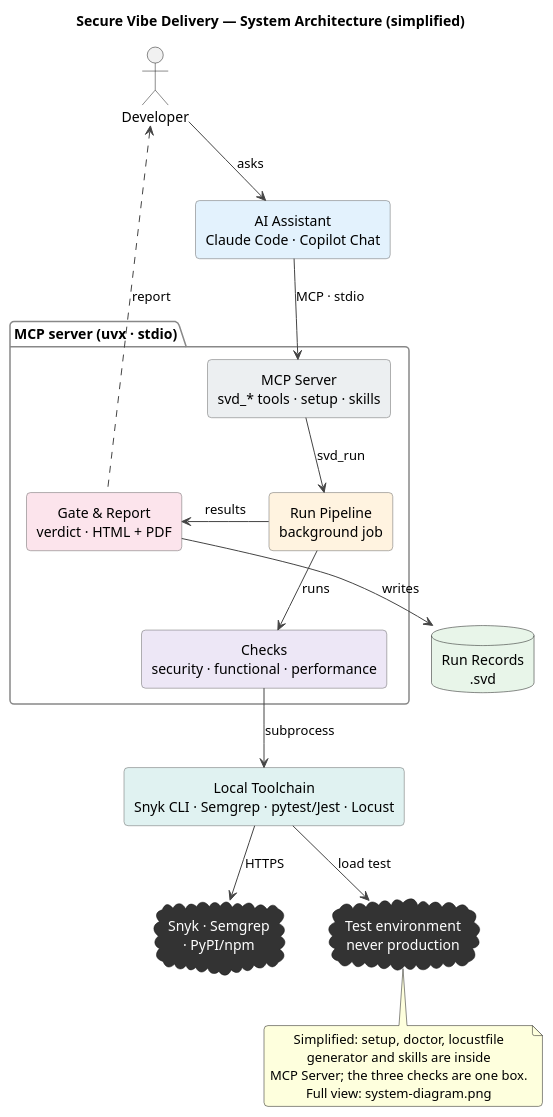
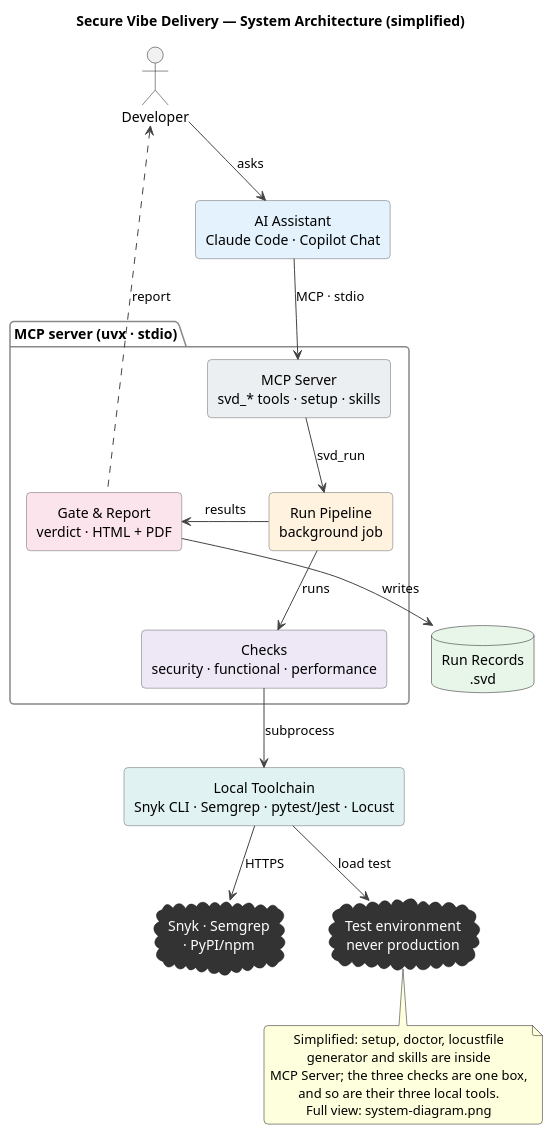
One commit to t-labs-buy/secure-vibe-delivery changed the diagram in docs/architecture/system-diagram-simple.puml. Above: the diagram before and after it, drawn with PlantUML. The commit also changed 8 other files, not shown here.

First line of the commit message:
Docs: diagrams show each check's own local tool

```diff
--- a/docs/architecture/system-diagram-simple.puml
+++ b/docs/architecture/system-diagram-simple.puml
@@ -1,58 +1,59 @@
 @startuml system-diagram-simple
 title Secure Vibe Delivery — System Architecture (simplified)
 
 skinparam backgroundColor #FFFFFF
 skinparam defaultTextAlignment center
 skinparam shadowing false
 skinparam roundcorner 8
 skinparam nodesep 45
 skinparam ranksep 55
 skinparam rectangle {
   BorderColor #666666
 }
 skinparam cloud {
   BackgroundColor #333333
   FontColor #FFFFFF
   BorderColor #111111
 }
 skinparam package {
   BorderColor #888888
   FontStyle bold
 }
 skinparam ArrowColor #444444
 
 actor "Developer" as User
 rectangle "AI Assistant\nClaude Code · Copilot Chat" as AST #E3F2FD
 
 package "MCP server (uvx · stdio)" {
   rectangle "MCP Server\nsvd_* tools · setup · skills" as MCP #ECEFF1
   rectangle "Run Pipeline\nbackground job" as PIPE #FFF3E0
   rectangle "Checks\nsecurity · functional · performance" as CHK #EDE7F6
   rectangle "Gate & Report\nverdict · HTML + PDF" as GR #FCE4EC
 }
 
 rectangle "Local Toolchain\nSnyk CLI · Semgrep · pytest/Jest · Locust" as TOOLS #E0F2F1
 database "Run Records\n.svd" as RUNS #E8F5E9
 
 cloud "Snyk · Semgrep\n· PyPI/npm" as CLOUD
 cloud "Test environment\nnever production" as TEST
 
 User -down-> AST : asks
 AST -down-> MCP : MCP · stdio
 MCP -down-> PIPE : svd_run
 PIPE -down-> CHK : runs
 CHK -down-> TOOLS : subprocess
 TOOLS -down-> CLOUD : HTTPS
 TOOLS -down-> TEST : load test
 PIPE -right-> GR : results
 GR -down-> RUNS : writes
 GR .up.> User : report
 
 note bottom of TEST
   Simplified: setup, doctor, locustfile
   generator and skills are inside
-  MCP Server; the three checks are one box.
+  MCP Server; the three checks are one box,
+  and so are their three local tools.
   Full view: system-diagram.png
 end note
 
 @enduml
```
